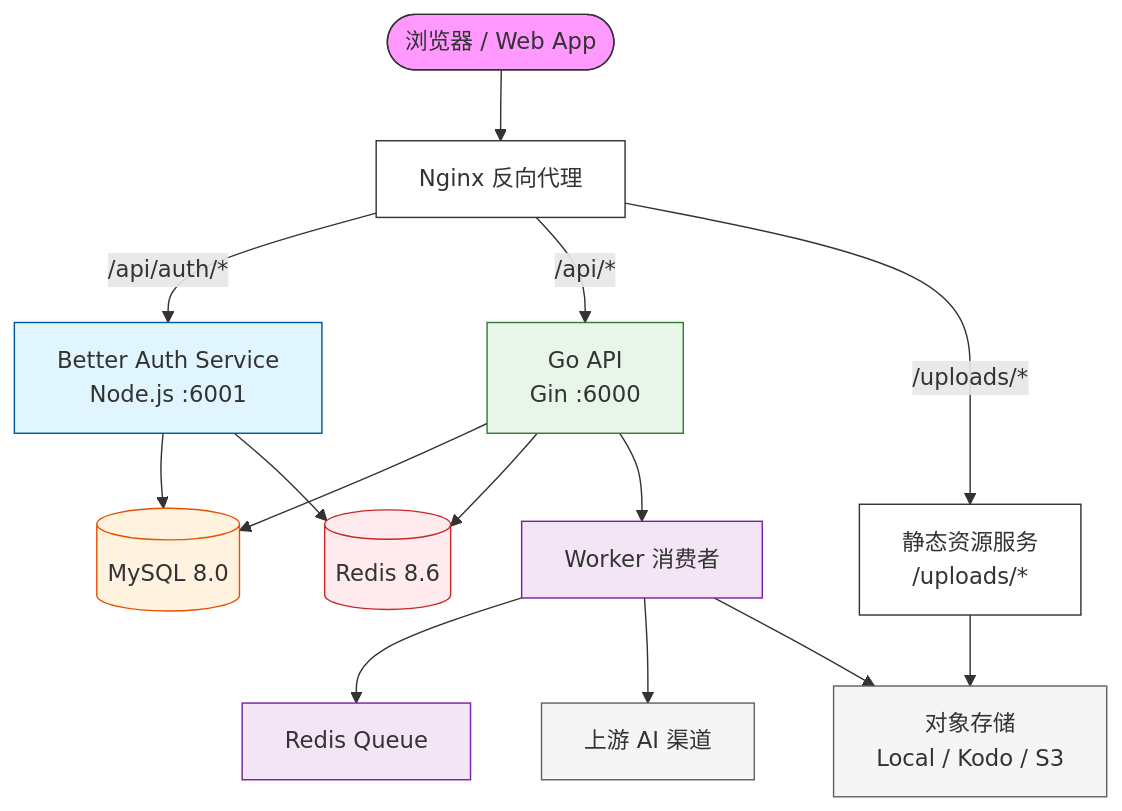
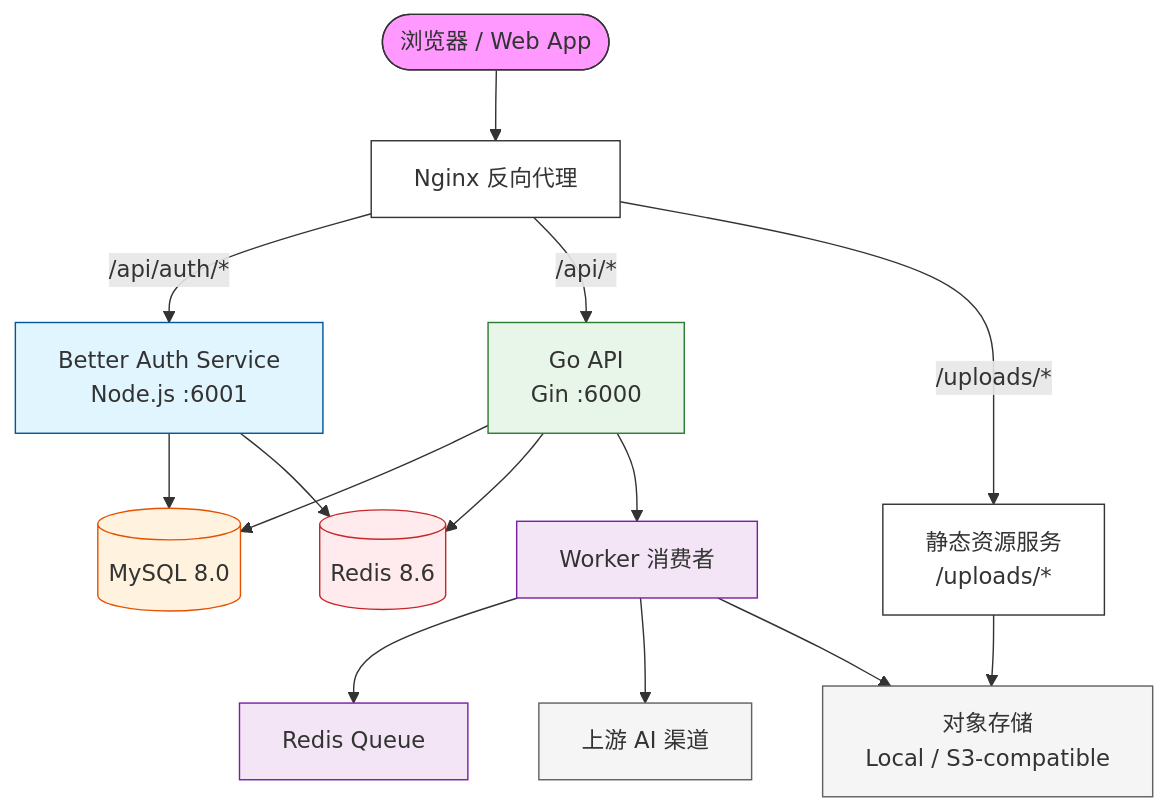
Before and after one commit to Ericsunsk/IdeaBoard: the diagram in README.md, drawn with Mermaid. The commit also changed other lines of this file and 17 other files, not shown here.

First line of the commit message:
chore: remove Kodo (Qiniu) storage provider

````diff
--- a/README.md
+++ b/README.md
@@ -77,23 +79,23 @@
 ```mermaid
 flowchart TB
     Browser(["浏览器 / Web App"]) --> Nginx["Nginx 反向代理"]
     Nginx -- /api/auth/* --> Auth["Better Auth Service<br>Node.js :6001"]
     Nginx -- /api/* --> GoAPI["Go API<br>Gin :6000"]
     Nginx -- /uploads/* --> Static["静态资源服务<br>/uploads/*"]
     Auth --> MySQL[("MySQL 8.0")] & Redis[("Redis 8.6")]
     GoAPI --> MySQL & Redis & Worker["Worker 消费者"]
-    Worker --> Queue["Redis Queue"] & AI["上游 AI 渠道"] & Storage["对象存储<br>Local / Kodo / S3"]
+    Worker --> Queue["Redis Queue"] & AI["上游 AI 渠道"] & Storage["对象存储<br>Local / S3-compatible"]
     Static --> Storage
 
     style Browser fill:#f9f,stroke:#333,stroke-width:1px
     style Nginx fill:#fff,stroke:#333,stroke-width:1px
     style Auth fill:#e1f5fe,stroke:#01579b,stroke-width:1px
     style GoAPI fill:#e8f5e9,stroke:#2e7d32,stroke-width:1px
     style Static fill:#fff,stroke:#333,stroke-width:1px
     style MySQL fill:#fff3e0,stroke:#e65100,stroke-width:1px
     style Redis fill:#ffebee,stroke:#c62828,stroke-width:1px
     style Worker fill:#f3e5f5,stroke:#7b1fa2,stroke-width:1px
     style Queue fill:#f3e5f5,stroke:#7b1fa2,stroke-width:1px
     style AI fill:#f5f5f5,stroke:#616161,stroke-width:1px
     style Storage fill:#f5f5f5,stroke:#616161,stroke-width:1px
 ```
````
